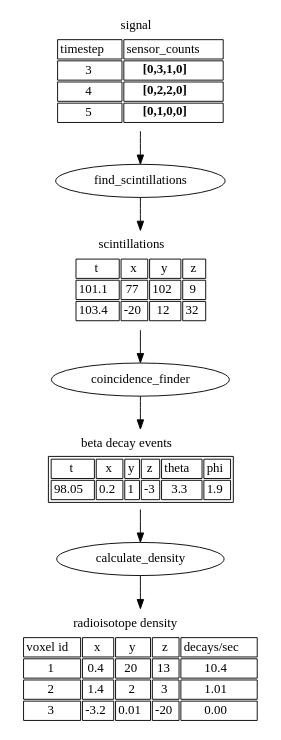
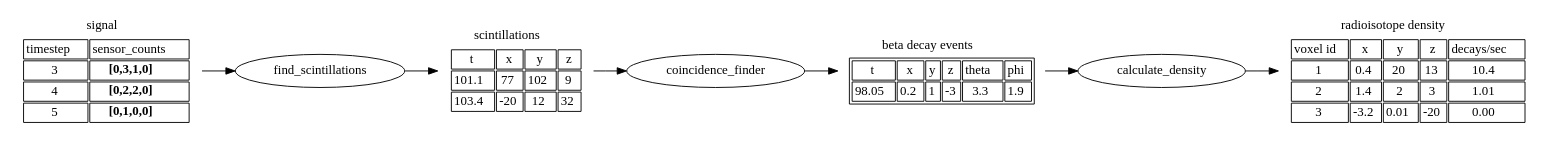
The diagram in media/petalo.gv (miguelsimon/petutils), drawn with Graphviz before and after one commit. The commit also changed 1 other file, not shown here.

Commit message:
less bulky graph

```diff
--- a/media/petalo.gv
+++ b/media/petalo.gv
@@ -1,80 +1,80 @@
 digraph {
-	rankdir="TD";
+	rankdir="LR";
 
 	signal [
 		shape=plaintext
 		label=<
 		<table border='0'>
 			<tr><td>
 				signal
 			</td></tr>
 			<tr><td>
 				<table border='0' cellborder='1'>
 					<tr><td>timestep</td><td>sensor_counts</td></tr>
 					<tr><td>3</td><td><b>[0,3,1,0]</b></td></tr>
 					<tr><td>4</td><td><b>[0,2,2,0]</b></td></tr>
 					<tr><td>5</td><td><b>[0,1,0,0]</b></td></tr>
 				</table>
 		</td></tr>
 	</table>
 	>];
 
   scintillations [
     shape=plaintext
     label=<
 		<table border='0'>
 			<tr><td>
 				scintillations
 			</td></tr>
 			<tr><td>
 		    <table border='0' cellborder='1'>
 			    <tr><td>t</td><td>x</td><td>y</td><td>z</td></tr>
 			    <tr><td>101.1</td><td>77</td><td>102</td><td>9</td></tr>
 			    <tr><td>103.4</td><td>-20</td><td>12</td><td>32</td></tr>
 			   </table>
 			</td></tr>
 		</table>
   >];
 
 	decays [
 		shape=plaintext
 		label=<
 		<table border='0'>
 			<tr><td>
 				beta decay events
 			</td></tr>
 			<tr><td>
 				<table border='1' cellborder='1'>
 		    <tr><td>t</td><td>x</td><td>y</td><td>z</td><td>theta</td><td>phi</td></tr>
 		    <tr><td>98.05</td><td>0.2</td><td>1</td><td>-3</td><td>3.3</td><td>1.9</td></tr>
 				</table>
 			</td></tr>
 		</table>
 	>];
 
 	density [
     shape=plaintext
     label=<
 		<table border='0'>
 			<tr><td>
 				radioisotope density
 			</td></tr>
 			<tr><td>
 		    <table border='0' cellborder='1'>
 		    <tr><td>voxel id</td><td>x</td><td>y</td><td>z</td><td>decays/sec</td></tr>
 		    <tr><td>1</td><td>0.4</td><td>20</td><td>13</td><td>10.4</td></tr>
 		    <tr><td>2</td><td>1.4</td><td>2</td><td>3</td><td>1.01</td></tr>
 		    <tr><td>3</td><td>-3.2</td><td>0.01</td><td>-20</td><td>0.00</td></tr>
 		    </table>
 			</td></tr>
 		</table>
   >];
 
 	signal -> find_scintillations;
 	find_scintillations -> scintillations;
   scintillations -> coincidence_finder;
 	coincidence_finder -> decays;
 	decays -> calculate_density;
   calculate_density -> density;
 
 }
```
